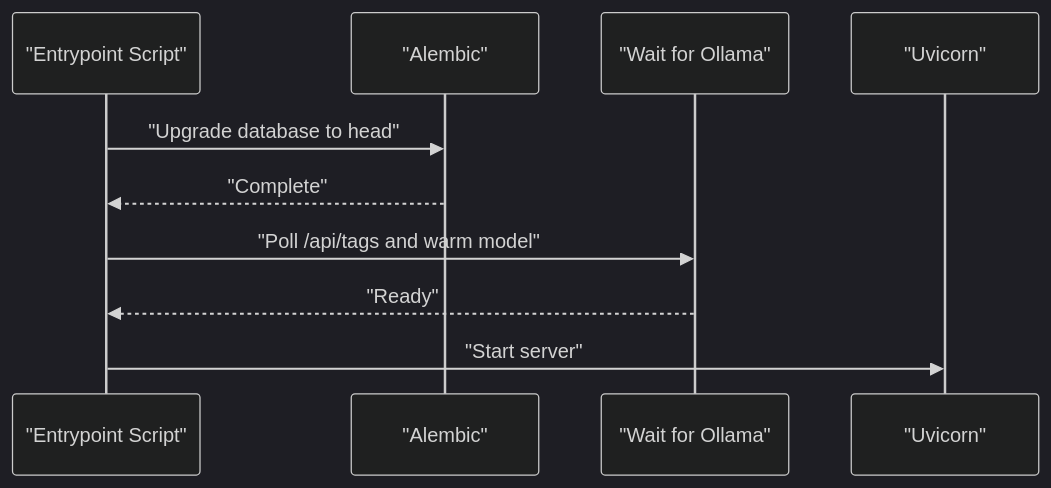
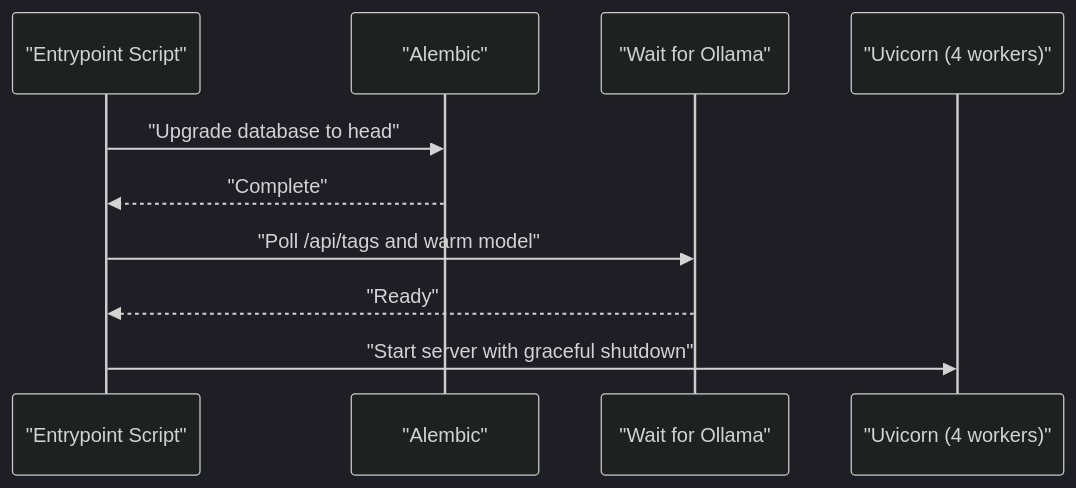
Before and after one commit to Revanththetalogics/aireume: the third of 7 diagrams in .qoder/repowiki/en/content/Deployment & DevOps/Deployment & DevOps.md, drawn with Mermaid (dark theme). The commit also changed other lines of this file and 33 other files, not shown here.

````diff
--- a/.qoder/repowiki/en/content/Deployment & DevOps/Deployment & DevOps.md
+++ b/.qoder/repowiki/en/content/Deployment & DevOps/Deployment & DevOps.md
@@ -140,12 +150,12 @@
 ```mermaid
 sequenceDiagram
 participant Entrypoint as "Entrypoint Script"
 participant Alembic as "Alembic"
 participant Wait as "Wait for Ollama"
-participant Uvicorn as "Uvicorn"
+participant Uvicorn as "Uvicorn (4 workers)"
 Entrypoint->>Alembic : "Upgrade database to head"
 Alembic-->>Entrypoint : "Complete"
 Entrypoint->>Wait : "Poll /api/tags and warm model"
 Wait-->>Entrypoint : "Ready"
-Entrypoint->>Uvicorn : "Start server"
+Entrypoint->>Uvicorn : "Start server with graceful shutdown"
 ```
````
